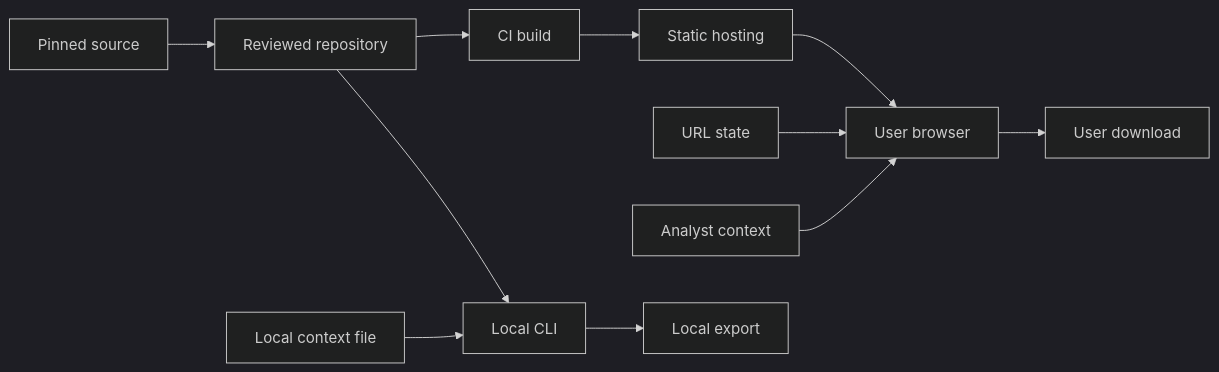
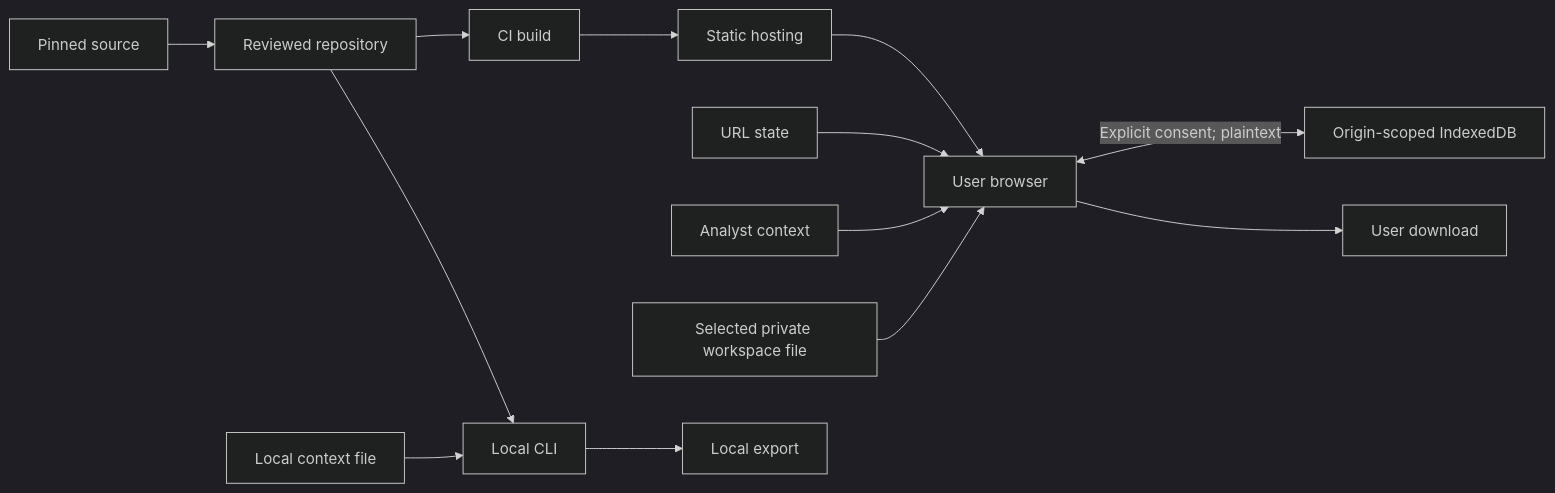
The diagram in governance/threat-models/static-workbench.md (samran2/Prompt-as-Detection-Library), drawn with Mermaid (dark theme) before and after one commit. The commit also changed other lines of this file and 57 other files, not shown here.

````diff
--- a/governance/threat-models/static-workbench.md
+++ b/governance/threat-models/static-workbench.md
@@ -75,13 +93,15 @@
 ```mermaid
 flowchart LR
   Source["Pinned source"] --> Repo["Reviewed repository"]
   Repo --> CI["CI build"]
   CI --> Pages["Static hosting"]
   Pages --> Browser["User browser"]
   Url["URL state"] --> Browser
   Context["Analyst context"] --> Browser
+  Workspace["Selected private workspace file"] --> Browser
+  Browser <-->|"Explicit consent; plaintext"| Store["Origin-scoped IndexedDB"]
   Repo --> CLI["Local CLI"]
   LocalFile["Local context file"] --> CLI
   Browser --> Download["User download"]
   CLI --> Export["Local export"]
 ```
````
